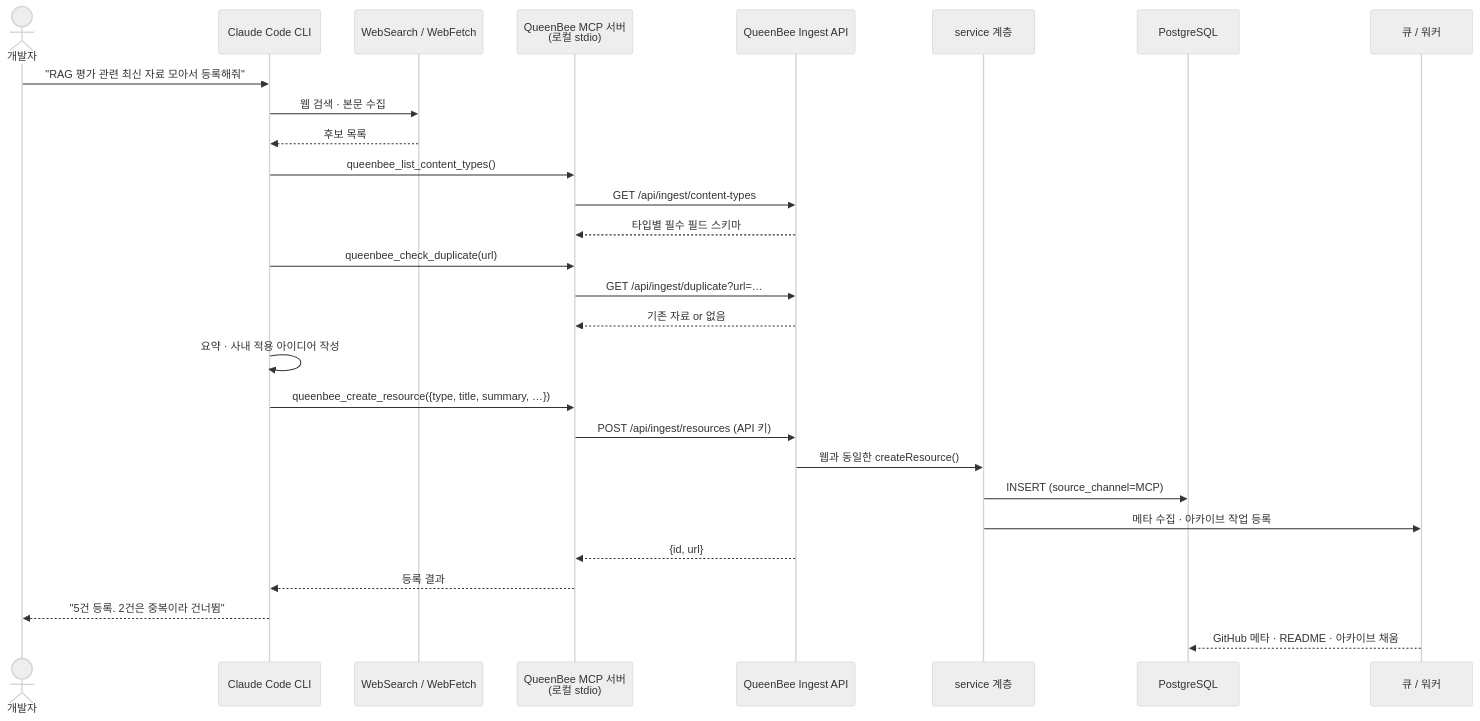
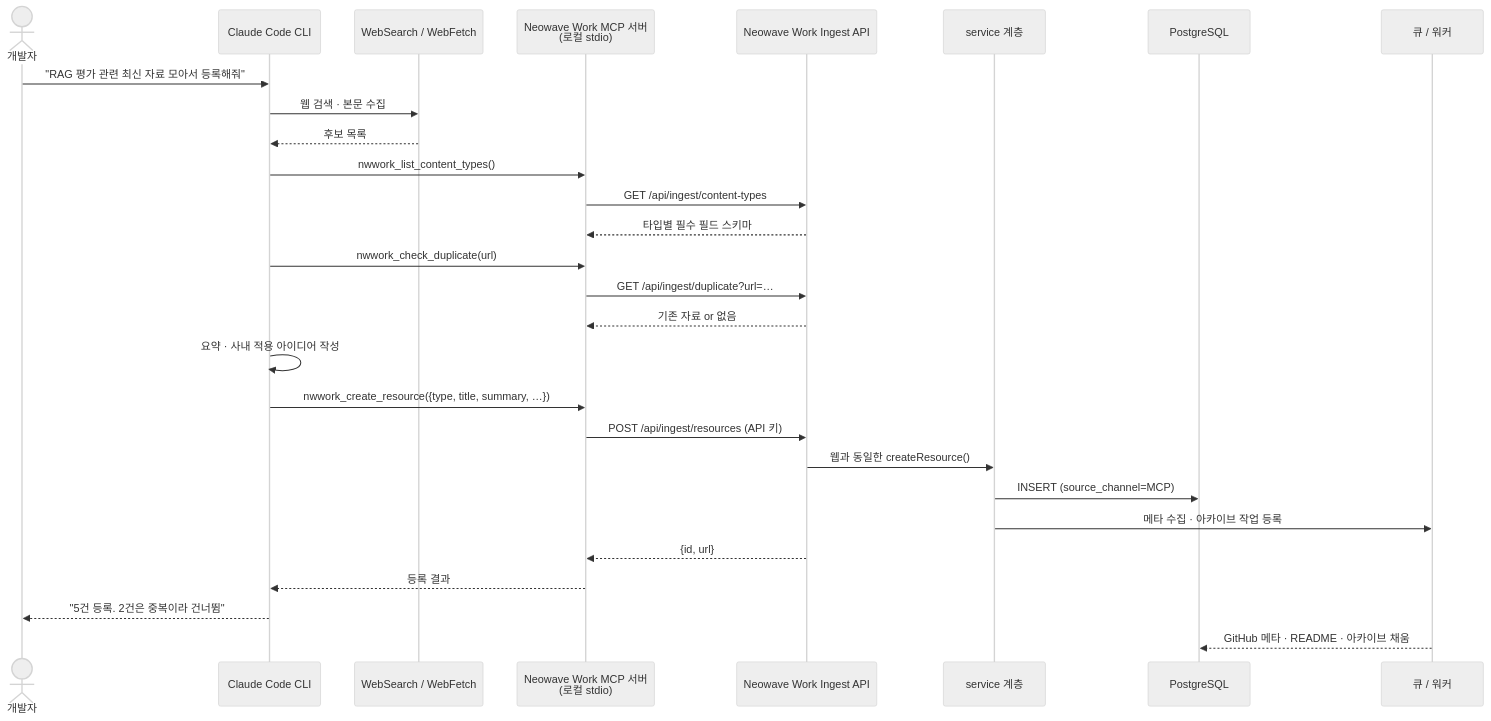
Before and after one commit to anerjin/private_project_myteam: the first of 3 diagrams in _docs/02.개발설계/08_자료수집_파이프라인.md, drawn with Mermaid (neutral theme). The commit also changed other lines of this file and 86 other files, not shown here.

First line of the commit message:
이름을 Neowave Work 로 바꾼다 (DEC-073)

````diff
--- a/_docs/02.개발설계/08_자료수집_파이프라인.md
+++ b/_docs/02.개발설계/08_자료수집_파이프라인.md
@@ -32,31 +32,31 @@
 ```mermaid
 sequenceDiagram
     actor D as 개발자
     participant CC as Claude Code CLI
     participant WS as WebSearch / WebFetch
-    participant MCP as QueenBee MCP 서버<br/>(로컬 stdio)
-    participant API as QueenBee Ingest API
+    participant MCP as Neowave Work MCP 서버<br/>(로컬 stdio)
+    participant API as Neowave Work Ingest API
     participant SVC as service 계층
     participant DB as PostgreSQL
     participant Q as 큐 / 워커
 
     D->>CC: "RAG 평가 관련 최신 자료 모아서 등록해줘"
     CC->>WS: 웹 검색 · 본문 수집
     WS-->>CC: 후보 목록
-    CC->>MCP: queenbee_list_content_types()
+    CC->>MCP: nwwork_list_content_types()
     MCP->>API: GET /api/ingest/content-types
     API-->>MCP: 타입별 필수 필드 스키마
-    CC->>MCP: queenbee_check_duplicate(url)
+    CC->>MCP: nwwork_check_duplicate(url)
     MCP->>API: GET /api/ingest/duplicate?url=…
     API-->>MCP: 기존 자료 or 없음
     CC->>CC: 요약 · 사내 적용 아이디어 작성
-    CC->>MCP: queenbee_create_resource({type, title, summary, …})
+    CC->>MCP: nwwork_create_resource({type, title, summary, …})
     MCP->>API: POST /api/ingest/resources (API 키)
     API->>SVC: 웹과 동일한 createResource()
     SVC->>DB: INSERT (source_channel=MCP)
     SVC->>Q: 메타 수집 · 아카이브 작업 등록
     API-->>MCP: {id, url}
     MCP-->>CC: 등록 결과
     CC-->>D: "5건 등록. 2건은 중복이라 건너뜀"
     Q-->>DB: GitHub 메타 · README · 아카이브 채움
 ```
````
